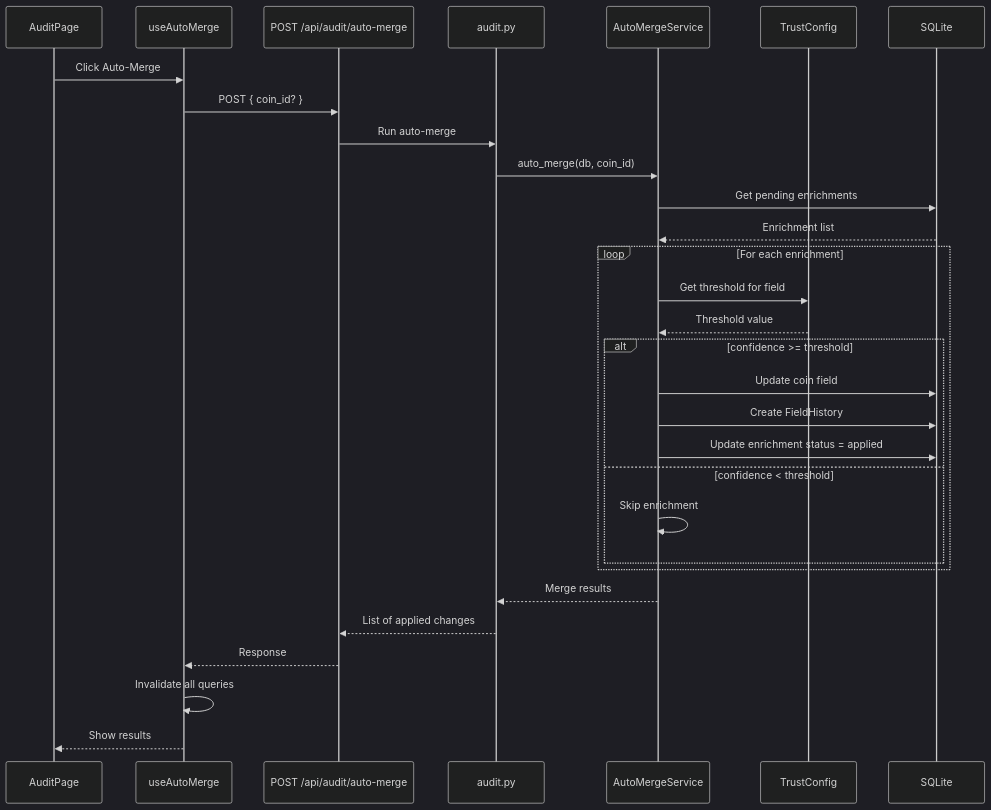
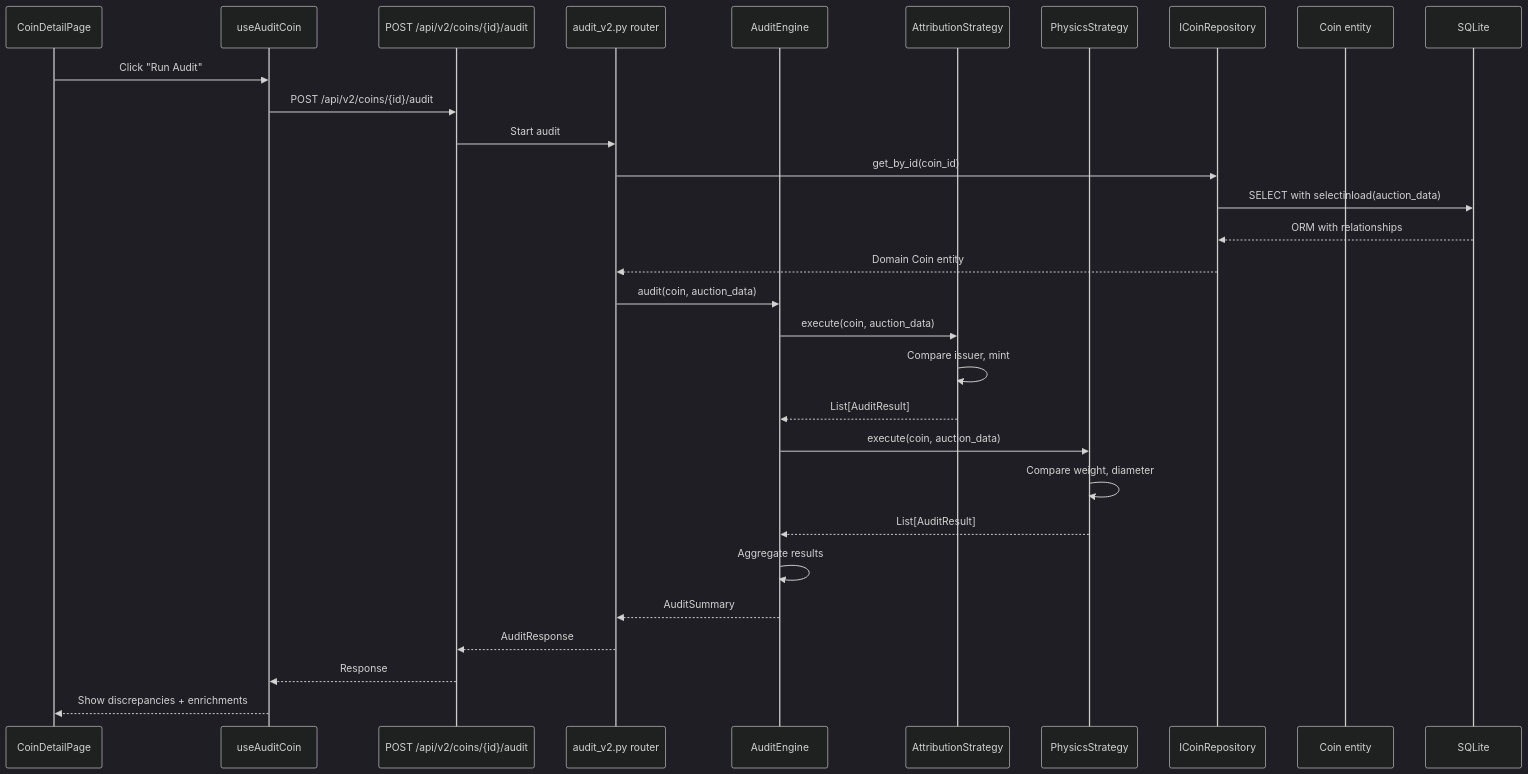
Before and after one commit to isayev/coinstack: the eighth of 18 diagrams in docs/ai-guide/06-DATA-FLOWS.md, drawn with Mermaid (dark theme). The commit also changed other lines of this file and 6 other files, not shown here.

````diff
--- a/docs/ai-guide/06-DATA-FLOWS.md
+++ b/docs/ai-guide/06-DATA-FLOWS.md
@@ -263,35 +321,36 @@
 ```mermaid
 sequenceDiagram
-    participant UI as AuditPage
-    participant Hook as useAutoMerge
-    participant API as POST /api/audit/auto-merge
-    participant Router as audit.py
-    participant Service as AutoMergeService
-    participant Trust as TrustConfig
+    participant UI as CoinDetailPage
+    participant Hook as useAuditCoin
+    participant API as POST /api/v2/coins/{id}/audit
+    participant Router as audit_v2.py router
+    participant Engine as AuditEngine
+    participant Strat1 as AttributionStrategy
+    participant Strat2 as PhysicsStrategy
+    participant Repo as ICoinRepository
+    participant Domain as Coin entity
     participant DB as SQLite
 
-    UI->>Hook: Click Auto-Merge
-    Hook->>API: POST { coin_id? }
-    API->>Router: Run auto-merge
-    Router->>Service: auto_merge(db, coin_id)
-    Service->>DB: Get pending enrichments
-    DB-->>Service: Enrichment list
-    
-    loop For each enrichment
-        Service->>Trust: Get threshold for field
-        Trust-->>Service: Threshold value
-        alt confidence >= threshold
-            Service->>DB: Update coin field
-            Service->>DB: Create FieldHistory
-            Service->>DB: Update enrichment status = applied
-        else confidence < threshold
-            Service->>Service: Skip enrichment
-        end
-    end
-    
-    Service-->>Router: Merge results
-    Router-->>API: List of applied changes
+    UI->>Hook: Click "Run Audit"
+    Hook->>API: POST /api/v2/coins/{id}/audit
+    API->>Router: Start audit
+    Router->>Repo: get_by_id(coin_id)
+    Repo->>DB: SELECT with selectinload(auction_data)
+    DB-->>Repo: ORM with relationships
+    Repo-->>Router: Domain Coin entity
+    Router->>Engine: audit(coin, auction_data)
+
+    Engine->>Strat1: execute(coin, auction_data)
+    Strat1->>Strat1: Compare issuer, mint
+    Strat1-->>Engine: List[AuditResult]
+
+    Engine->>Strat2: execute(coin, auction_data)
+    Strat2->>Strat2: Compare weight, diameter
+    Strat2-->>Engine: List[AuditResult]
+
+    Engine->>Engine: Aggregate results
+    Engine-->>Router: AuditSummary
+    Router-->>API: AuditResponse
     API-->>Hook: Response
-    Hook->>Hook: Invalidate all queries
-    Hook-->>UI: Show results
+    Hook-->>UI: Show discrepancies + enrichments
 ```
````
